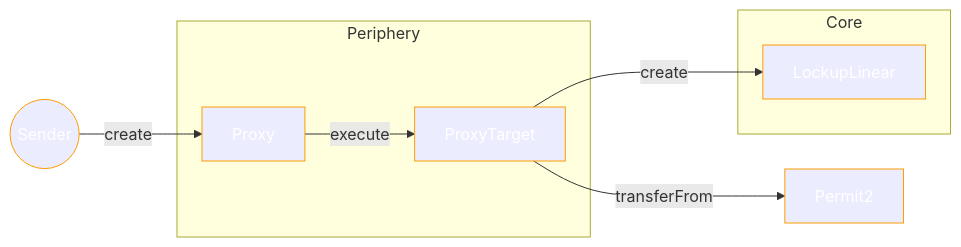
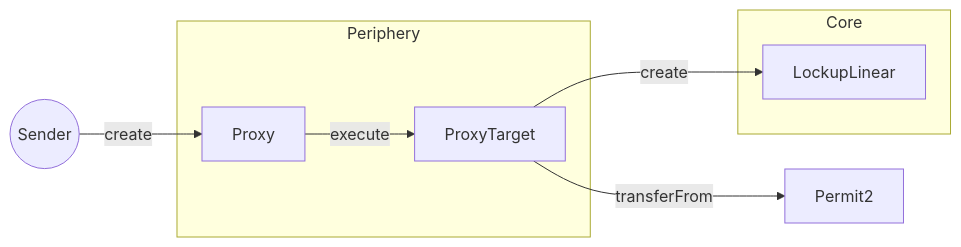
Before and after one commit to sablier-labs/docs: the fourth of 8 diagrams in docs/contracts/v2/reference/02-diagrams.md, drawn with Mermaid. The commit also changed other lines of this file, not shown here.

First line of the commit message:
refactor: split "Diagrams" in two new sections

````diff
--- a/docs/contracts/v2/reference/02-diagrams.md
+++ b/docs/contracts/v2/reference/02-diagrams.md
@@ -128,18 +104,16 @@
 ```mermaid
 flowchart LR
-	classDef object stroke:#ff9C00,color:#ffffff;
   S((Sender))
   P2[Permit2]
   subgraph Periphery
     P[Proxy]
     PT[ProxyTarget]
   end
   subgraph Core
     LL[LockupLinear]
   end
   S -- "create" --> P
   P -- "execute" --> PT
   PT -- "transferFrom" --> P2
   PT -- "create" --> LL
-	class S,P,PT,P2,LL object;
 ```
````
